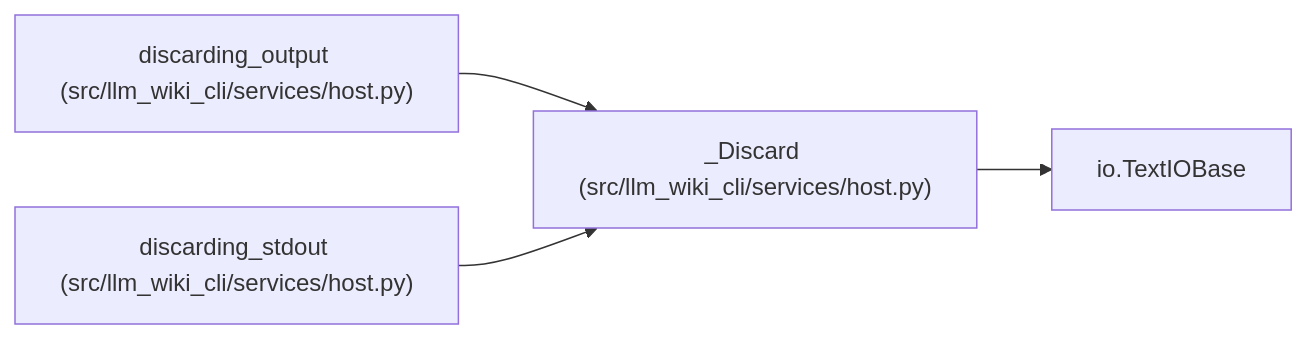
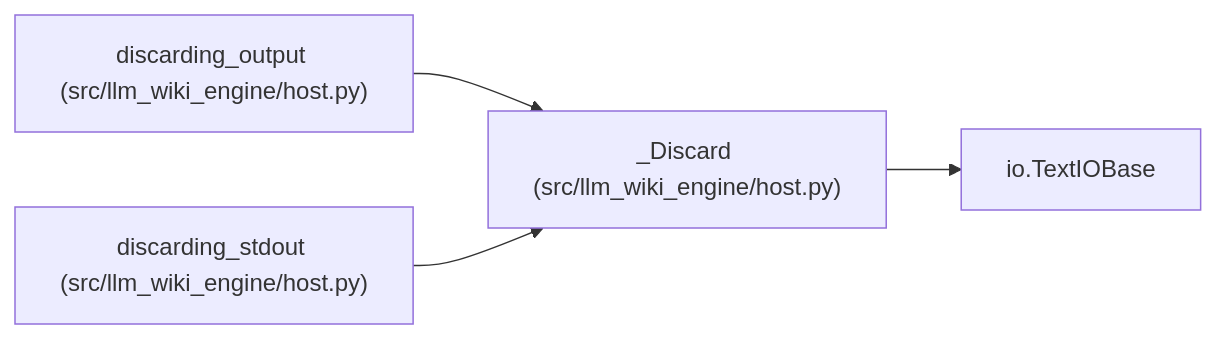
Before and after one commit to Denissvgn/python-wiki-llm: the diagram in docs/llm_wiki/entities/Discard.md, drawn with Mermaid. The commit also changed other lines of this file and 1103 other files, not shown here.

First line of the commit message:
docs: refresh the wiki for the llm-wiki-engine distribution

````diff
--- a/docs/llm_wiki/entities/Discard.md
+++ b/docs/llm_wiki/entities/Discard.md
@@ -26,13 +26,13 @@
 ```mermaid
 flowchart LR
-    n0["_Discard (src/llm_wiki_cli/services/host.py)"]
+    n0["_Discard (src/llm_wiki_engine/host.py)"]
     n1["io.TextIOBase"]
-    n2["discarding_output (src/llm_wiki_cli/services/host.py)"]
-    n3["discarding_stdout (src/llm_wiki_cli/services/host.py)"]
+    n2["discarding_output (src/llm_wiki_engine/host.py)"]
+    n3["discarding_stdout (src/llm_wiki_engine/host.py)"]
     n0 --> n1
     n2 --> n0
     n3 --> n0
     click n0 "../modules/host.md"
     click n2 "../modules/host.md"
     click n3 "../modules/host.md"
 ```
````
